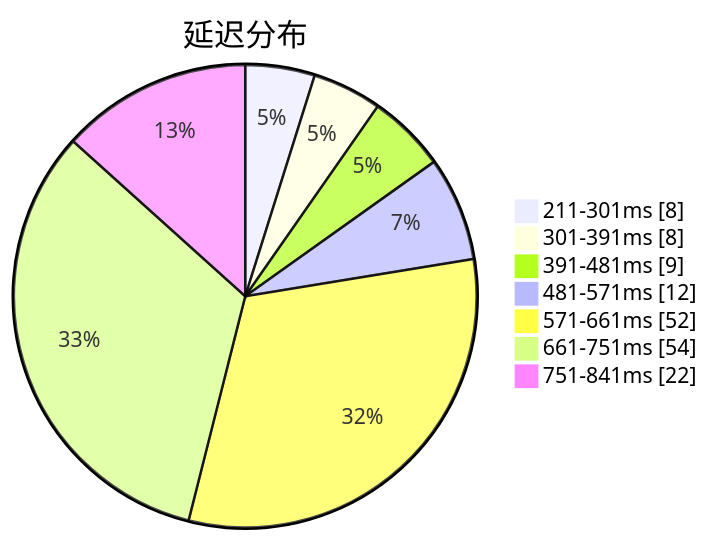
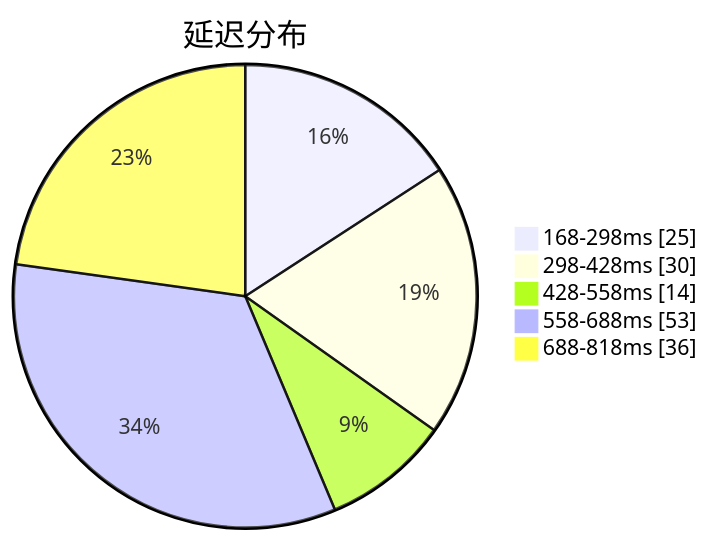
The first of 3 diagrams in subs/statistics/tested_within.md (qjlxg/airport), drawn with Mermaid before and after one commit. The commit also changed other lines of this file and 2 other files, not shown here.

Commit message:
Tested by metaST

````diff
--- a/subs/statistics/tested_within.md
+++ b/subs/statistics/tested_within.md
@@ -2,11 +2,9 @@
 ```mermaid
 pie showData
 title 延迟分布
-"211-301ms" : 8
-"301-391ms" : 8
-"391-481ms" : 9
-"481-571ms" : 12
-"571-661ms" : 52
-"661-751ms" : 54
-"751-841ms" : 22
+"168-298ms" : 25
+"298-428ms" : 30
+"428-558ms" : 14
+"558-688ms" : 53
+"688-818ms" : 36
 ```
````
